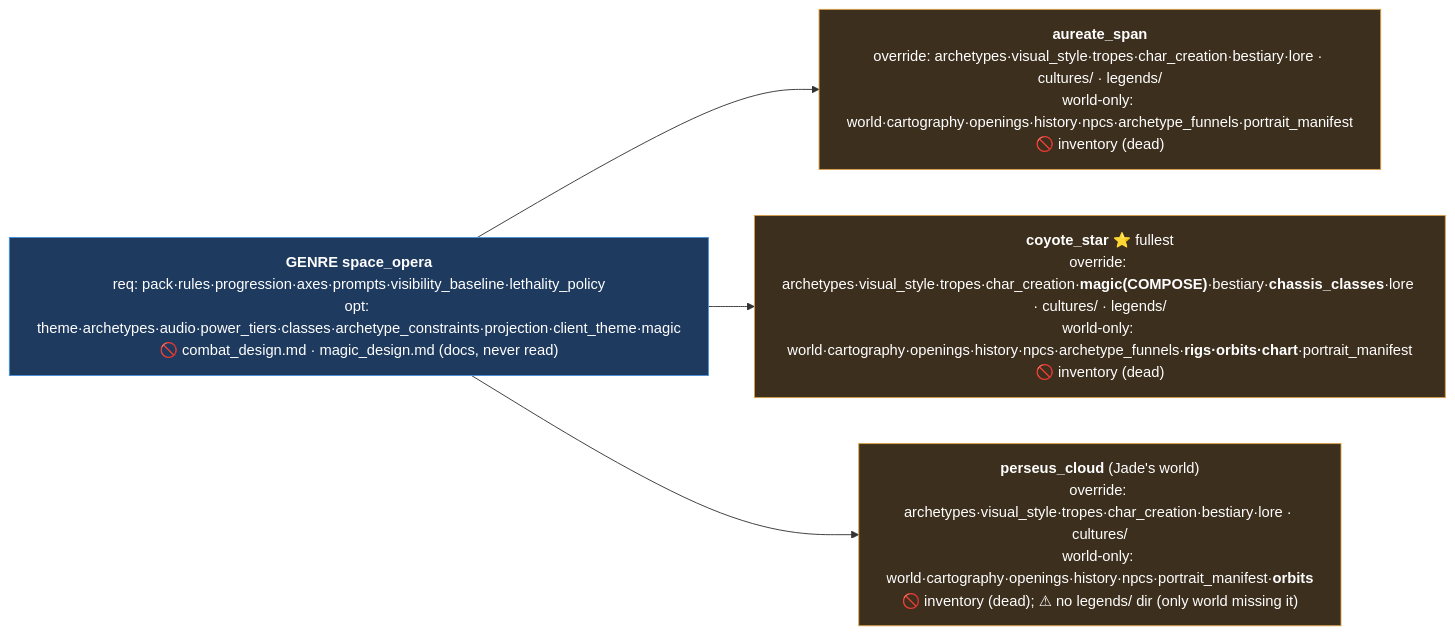
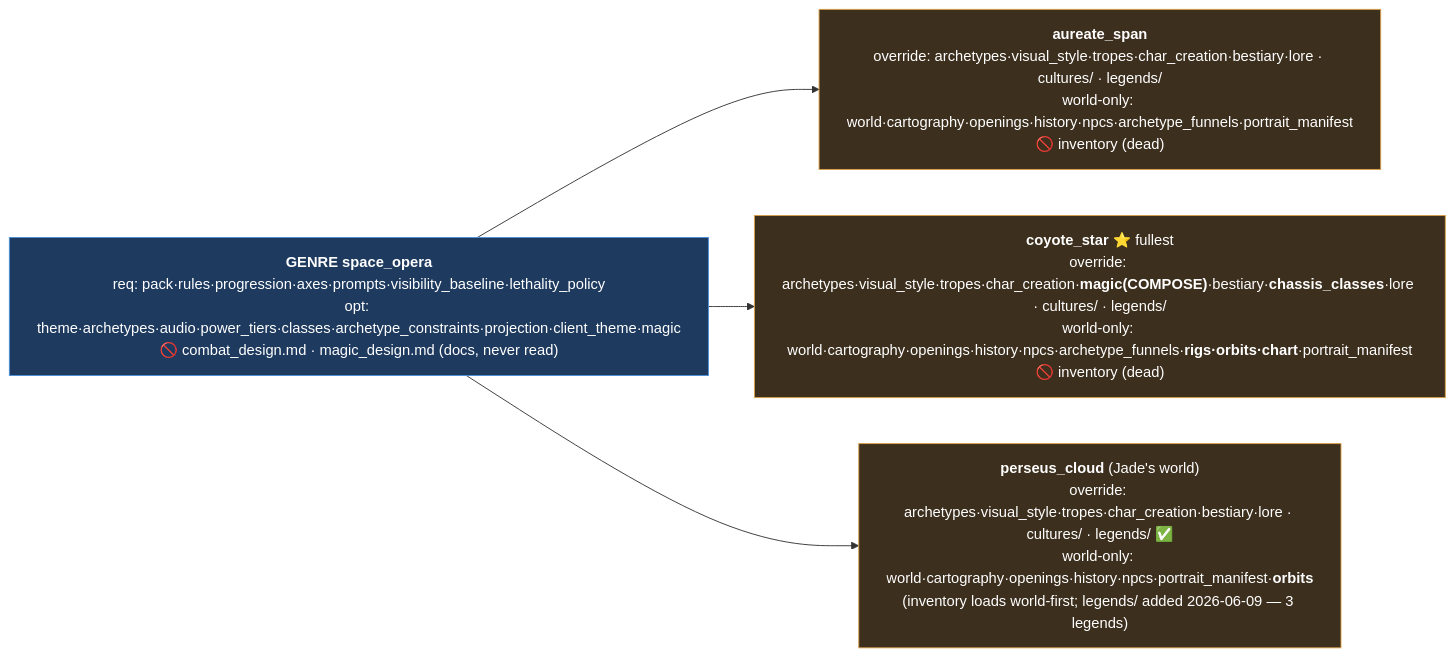
One commit to slabgorb/sidequest changed the eighth of 11 diagrams in genre_pack_runtime_inheritance.md. Above: the diagram before and after it, drawn with Mermaid. The commit also changed other lines of this file and 6 other files, not shown here.

````diff
--- a/genre_pack_runtime_inheritance.md
+++ b/genre_pack_runtime_inheritance.md
@@ -142,14 +152,14 @@
 ```mermaid
 flowchart LR
     G["<b>GENRE space_opera</b><br/>req: pack·rules·progression·axes·prompts·visibility_baseline·lethality_policy<br/>opt: theme·archetypes·audio·power_tiers·classes·archetype_constraints·projection·client_theme·magic<br/>🚫 combat_design.md · magic_design.md (docs, never read)"]
     W1["<b>aureate_span</b><br/>override: archetypes·visual_style·tropes·char_creation·bestiary·lore · cultures/ · legends/<br/>world-only: world·cartography·openings·history·npcs·archetype_funnels·portrait_manifest<br/>🚫 inventory (dead)"]
     W2["<b>coyote_star</b> ⭐ fullest<br/>override: archetypes·visual_style·tropes·char_creation·<b>magic(COMPOSE)</b>·bestiary·<b>chassis_classes</b>·lore · cultures/ · legends/<br/>world-only: world·cartography·openings·history·npcs·archetype_funnels·<b>rigs·orbits·chart</b>·portrait_manifest<br/>🚫 inventory (dead)"]
-    W3["<b>perseus_cloud</b> (Jade's world)<br/>override: archetypes·visual_style·tropes·char_creation·bestiary·lore · cultures/<br/>world-only: world·cartography·openings·history·npcs·portrait_manifest·<b>orbits</b><br/>🚫 inventory (dead); ⚠ no legends/ dir (only world missing it)"]
+    W3["<b>perseus_cloud</b> (Jade's world)<br/>override: archetypes·visual_style·tropes·char_creation·bestiary·lore · cultures/ · legends/ ✅<br/>world-only: world·cartography·openings·history·npcs·portrait_manifest·<b>orbits</b><br/>(inventory loads world-first; legends/ added 2026-06-09 — 3 legends)"]
     G --> W1
     G --> W2
     G --> W3
     classDef g fill:#1e3a5f,stroke:#4a90d9,color:#fff
     classDef w fill:#3d2f1e,stroke:#d9a04a,color:#fff
     class G g
     class W1,W2,W3 w
 ```
````
